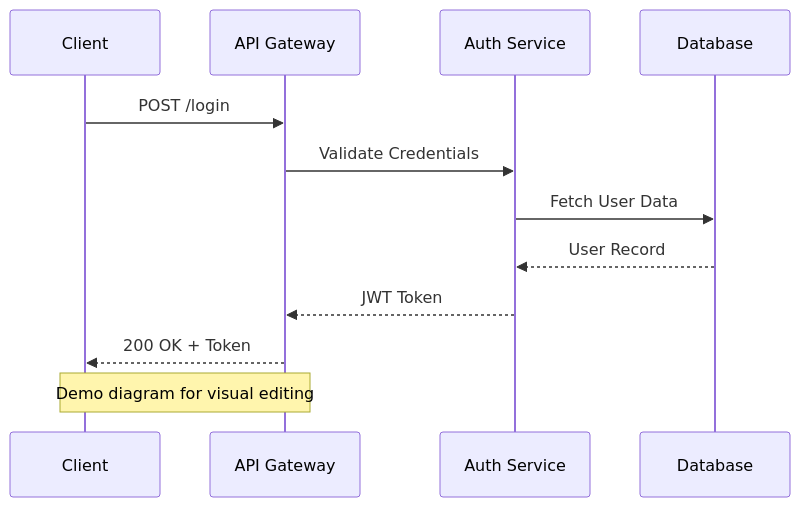
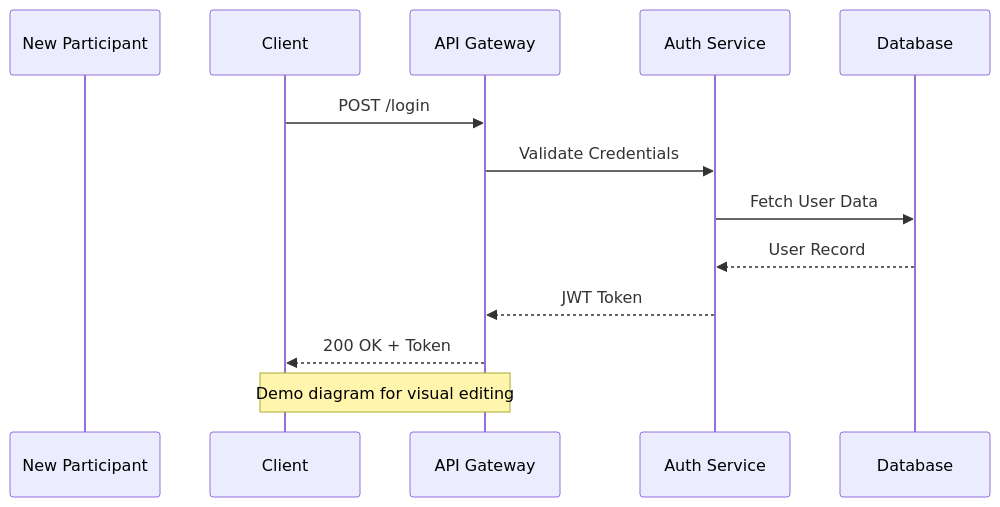
One commit to stanimirovv/foliant changed the diagram in diagrams/editing-demo.mmd. Above: the diagram before and after it, drawn with Mermaid. The commit also changed 10 other files, not shown here.

```diff
--- a/diagrams/editing-demo.mmd
+++ b/diagrams/editing-demo.mmd
@@ -1,14 +1,15 @@
 sequenceDiagram
+    participant New1 as New Participant
     participant C as Client
     participant API as API Gateway
     participant Auth as Auth Service
     participant DB as Database
 
     C->>API: POST /login
     API->>Auth: Validate Credentials
     Auth->>DB: Fetch User Data
     DB-->>Auth: User Record
     Auth-->>API: JWT Token
     API-->>C: 200 OK + Token
 
     Note over C,API: Demo diagram for visual editing
```
